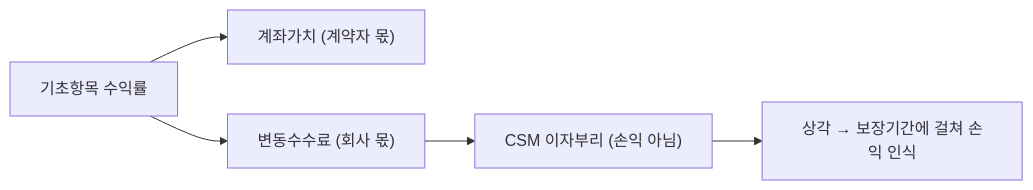
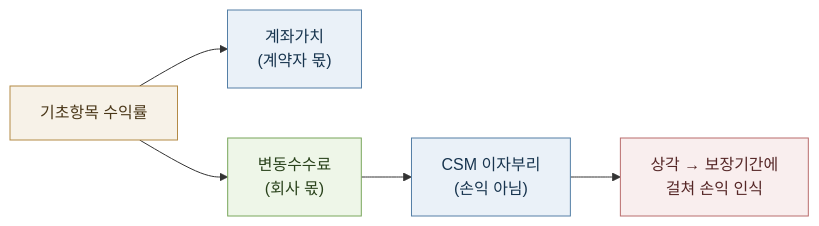
Before and after one commit to seokhoonj/fastcashflow: the diagram in docs/tutorial/10-vfa.md, drawn with Mermaid. The commit also changed 14 other files, not shown here.

First line of the commit message:
docs: unify every diagram to one flowchart style and fix the brief/figure layout

````diff
--- a/docs/tutorial/10-vfa.md
+++ b/docs/tutorial/10-vfa.md
@@ -96,7 +96,15 @@
 ```{mermaid}
 flowchart LR
-    R["기초항목 수익률"] --> AV["계좌가치 (계약자 몫)"]
-    R --> FEE["변동수수료 (회사 몫)"]
-    FEE --> CSM["CSM 이자부리 (손익 아님)"]
-    CSM --> REL["상각 → 보장기간에 걸쳐 손익 인식"]
+    R["기초항목 수익률"] --> AV["계좌가치<br/>(계약자 몫)"]
+    R --> FEE["변동수수료<br/>(회사 몫)"]
+    FEE --> CSM["CSM 이자부리<br/>(손익 아님)"]
+    CSM --> REL["상각 → 보장기간에<br/>걸쳐 손익 인식"]
+    classDef stock fill:#eaf1f8,stroke:#547fa6,color:#17344e
+    classDef inflow fill:#eef6e8,stroke:#78a65a,color:#29421b
+    classDef outflow fill:#f9eeee,stroke:#b96d6d,color:#552626
+    classDef step fill:#f7f2e8,stroke:#b38a45,color:#493617
+    class AV,CSM stock
+    class R step
+    class FEE inflow
+    class REL outflow
 ```
````
